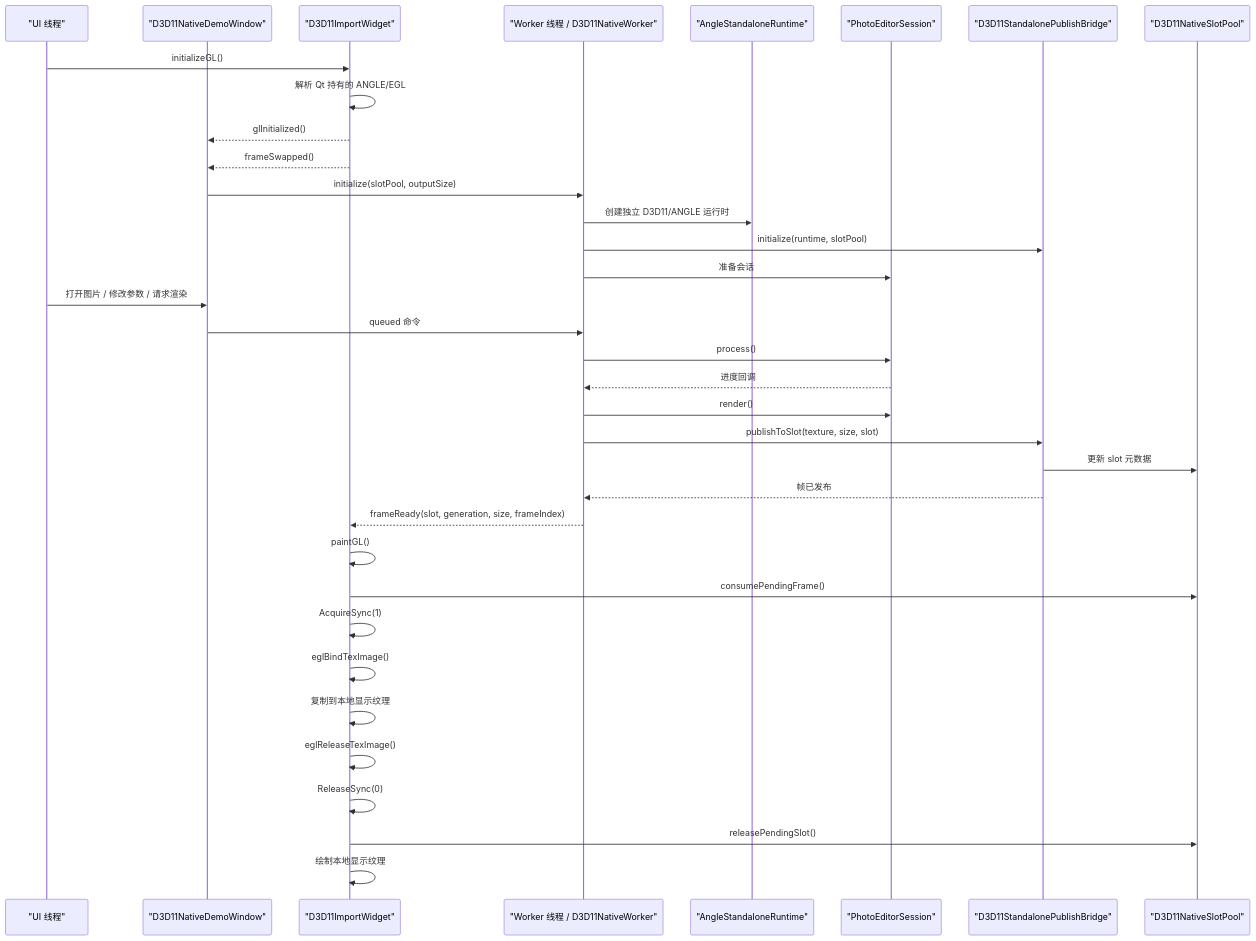
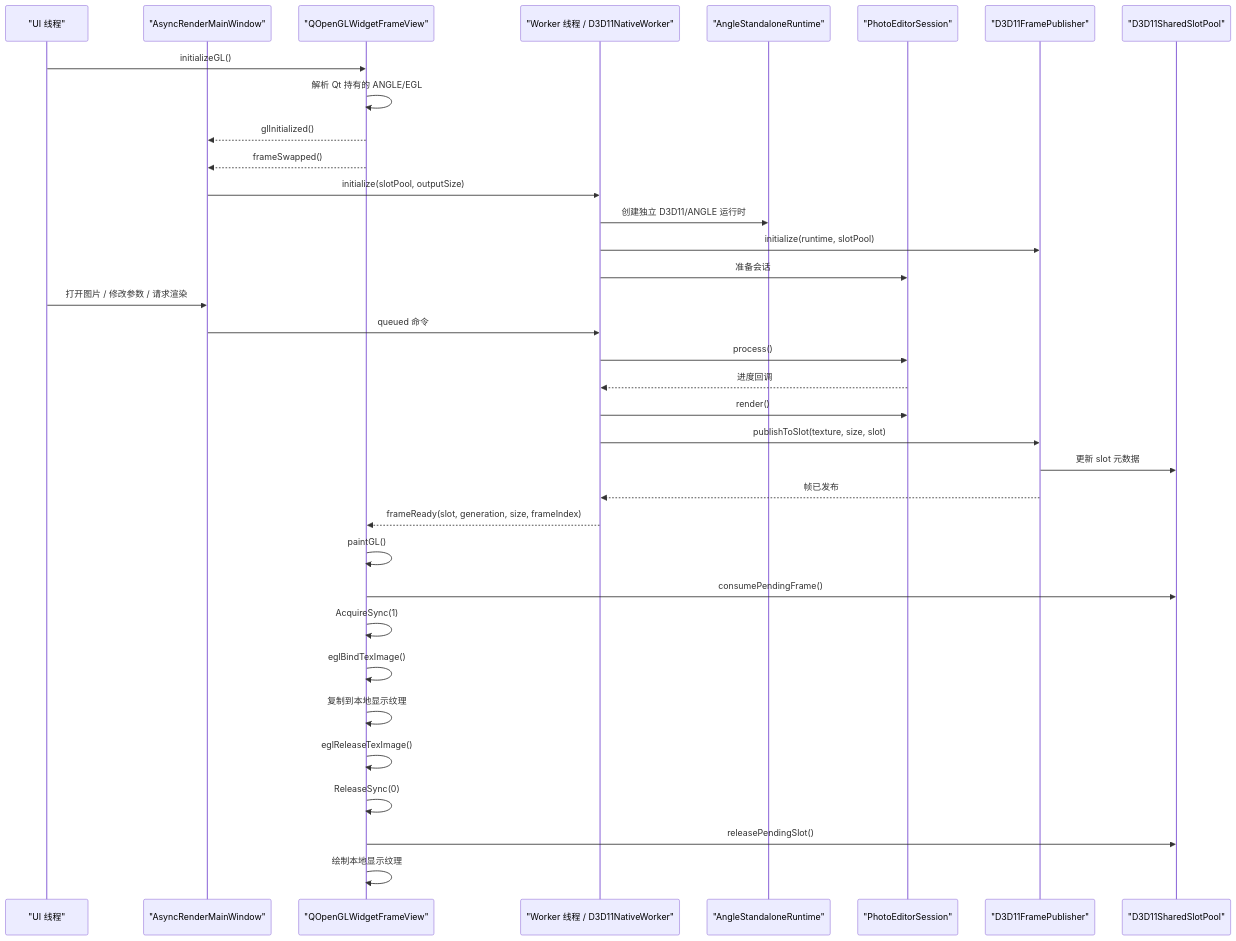
Before and after one commit to Peranger1/Gles2AsyncRender: the second of 2 diagrams in ARCHITECTURE.md, drawn with Mermaid. The commit also changed other lines of this file and 25 other files, not shown here.

````diff
--- a/ARCHITECTURE.md
+++ b/ARCHITECTURE.md
@@ -182,40 +182,40 @@
 ```mermaid
 sequenceDiagram
     participant UI as "UI 线程"
-    participant Win as "D3D11NativeDemoWindow"
-    participant Wgt as "D3D11ImportWidget"
+    participant Win as "AsyncRenderMainWindow"
+    participant Wgt as "QOpenGLWidgetFrameView"
     participant Wkr as "Worker 线程 / D3D11NativeWorker"
     participant RT as "AngleStandaloneRuntime"
     participant Alg as "PhotoEditorSession"
-    participant Pub as "D3D11StandalonePublishBridge"
-    participant Pool as "D3D11NativeSlotPool"
+    participant Pub as "D3D11FramePublisher"
+    participant Pool as "D3D11SharedSlotPool"
 
     UI->>Wgt: initializeGL()
     Wgt->>Wgt: 解析 Qt 持有的 ANGLE/EGL
     Wgt-->>Win: glInitialized()
     Wgt-->>Win: frameSwapped()
     Win->>Wkr: initialize(slotPool, outputSize)
     Wkr->>RT: 创建独立 D3D11/ANGLE 运行时
     Wkr->>Pub: initialize(runtime, slotPool)
     Wkr->>Alg: 准备会话
 
     UI->>Win: 打开图片 / 修改参数 / 请求渲染
     Win->>Wkr: queued 命令
     Wkr->>Alg: process()
     Alg-->>Wkr: 进度回调
     Wkr->>Alg: render()
     Wkr->>Pub: publishToSlot(texture, size, slot)
     Pub->>Pool: 更新 slot 元数据
     Pub-->>Wkr: 帧已发布
     Wkr-->>Wgt: frameReady(slot, generation, size, frameIndex)
 
     Wgt->>Wgt: paintGL()
     Wgt->>Pool: consumePendingFrame()
     Wgt->>Wgt: AcquireSync(1)
     Wgt->>Wgt: eglBindTexImage()
     Wgt->>Wgt: 复制到本地显示纹理
     Wgt->>Wgt: eglReleaseTexImage()
     Wgt->>Wgt: ReleaseSync(0)
     Wgt->>Pool: releasePendingSlot()
     Wgt->>Wgt: 绘制本地显示纹理
 ```
````
